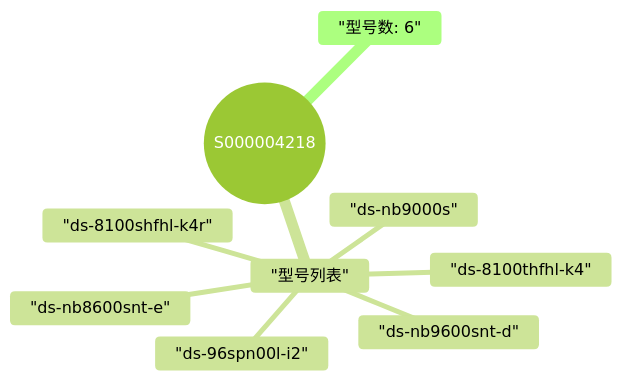
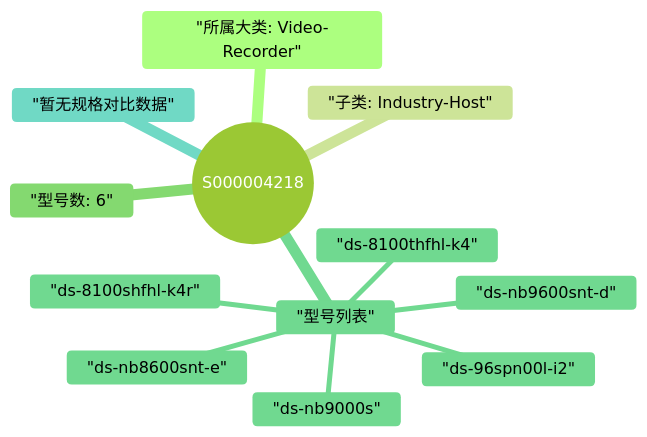
The diagram in site/mindmaps/cn-video-recorder-industry-host-s000004218.mmd (123321step/hikvision-product-map), drawn with Mermaid (forest theme) before and after one commit. The commit also changed 647 other files, not shown here.

Commit message:
Rework mindmaps around product series differences

```diff
--- a/site/mindmaps/cn-video-recorder-industry-host-s000004218.mmd
+++ b/site/mindmaps/cn-video-recorder-industry-host-s000004218.mmd
@@ -1,10 +1,13 @@
 mindmap
   root(("S000004218"))
+    "所属大类: Video-Recorder"
+    "子类: Industry-Host"
     "型号数: 6"
     "型号列表"
       "ds-8100shfhl-k4r"
       "ds-8100thfhl-k4"
       "ds-96spn00l-i2"
       "ds-nb8600snt-e"
       "ds-nb9000s"
       "ds-nb9600snt-d"
+    "暂无规格对比数据"
```
